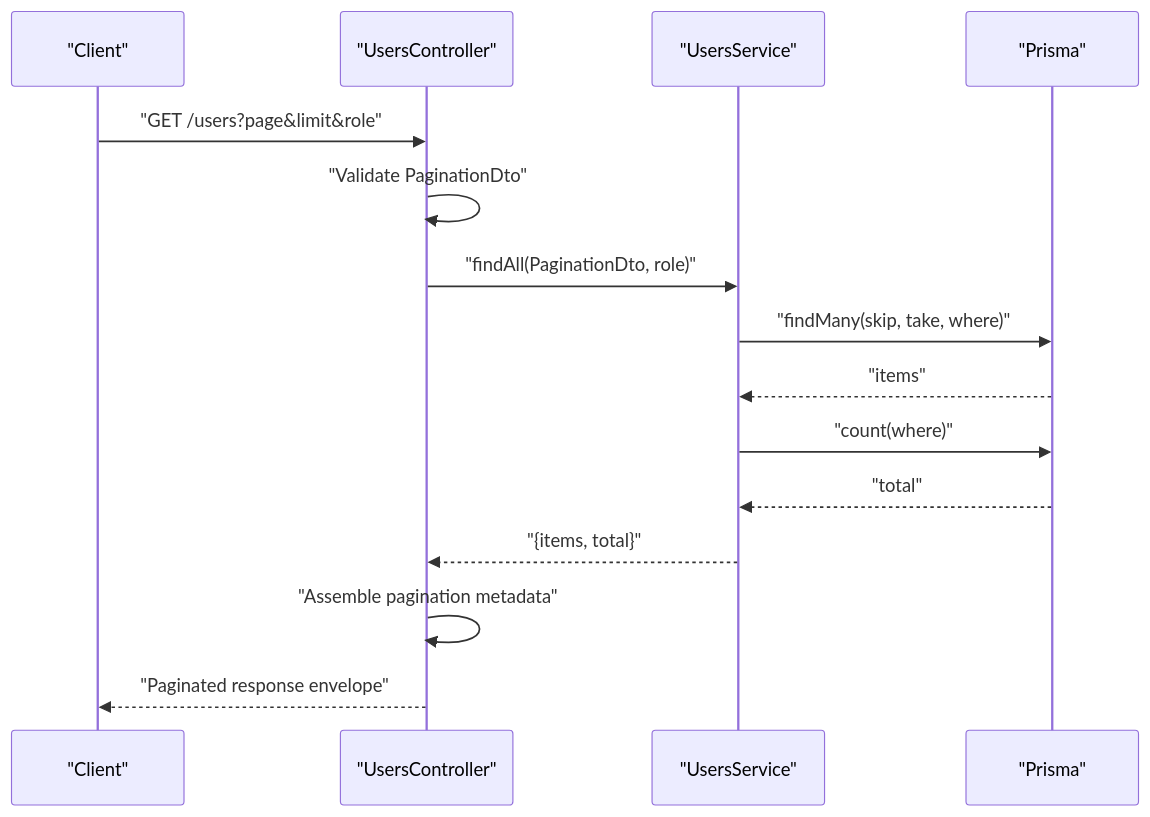
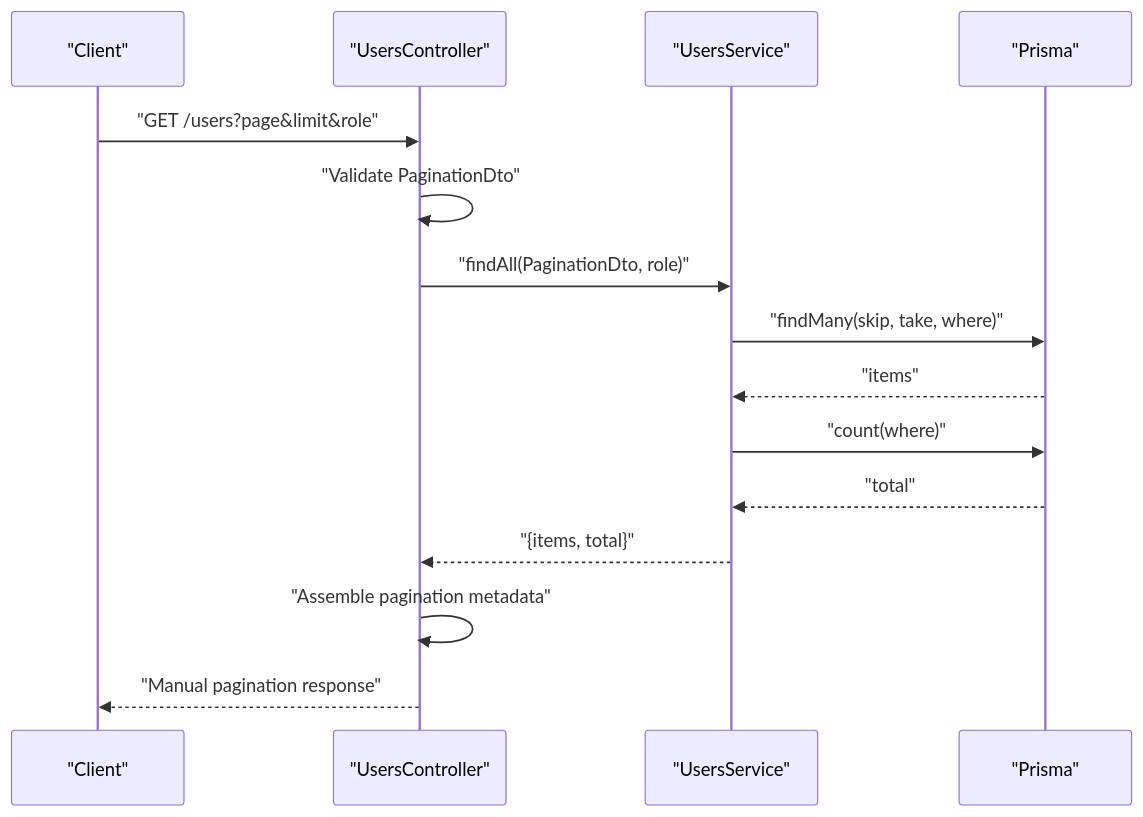
One commit to Avi-Bendetsky/Quiz-to-build changed the sixth of 7 diagrams in .qoder/repowiki/en/content/Shared Libraries/Shared DTO Library.md. Above: the diagram before and after it, drawn with Mermaid. The commit also changed other lines of this file and 41 other files, not shown here.

````diff
--- a/.qoder/repowiki/en/content/Shared Libraries/Shared DTO Library.md
+++ b/.qoder/repowiki/en/content/Shared Libraries/Shared DTO Library.md
@@ -254,17 +300,17 @@
 ```mermaid
 sequenceDiagram
 participant Client as "Client"
 participant Controller as "UsersController"
 participant Service as "UsersService"
 participant DB as "Prisma"
 Client->>Controller : "GET /users?page&limit&role"
 Controller->>Controller : "Validate PaginationDto"
 Controller->>Service : "findAll(PaginationDto, role)"
 Service->>DB : "findMany(skip, take, where)"
 DB-->>Service : "items"
 Service->>DB : "count(where)"
 DB-->>Service : "total"
 Service-->>Controller : "{items, total}"
 Controller->>Controller : "Assemble pagination metadata"
-Controller-->>Client : "Paginated response envelope"
+Controller-->>Client : "Manual pagination response"
 ```
````
